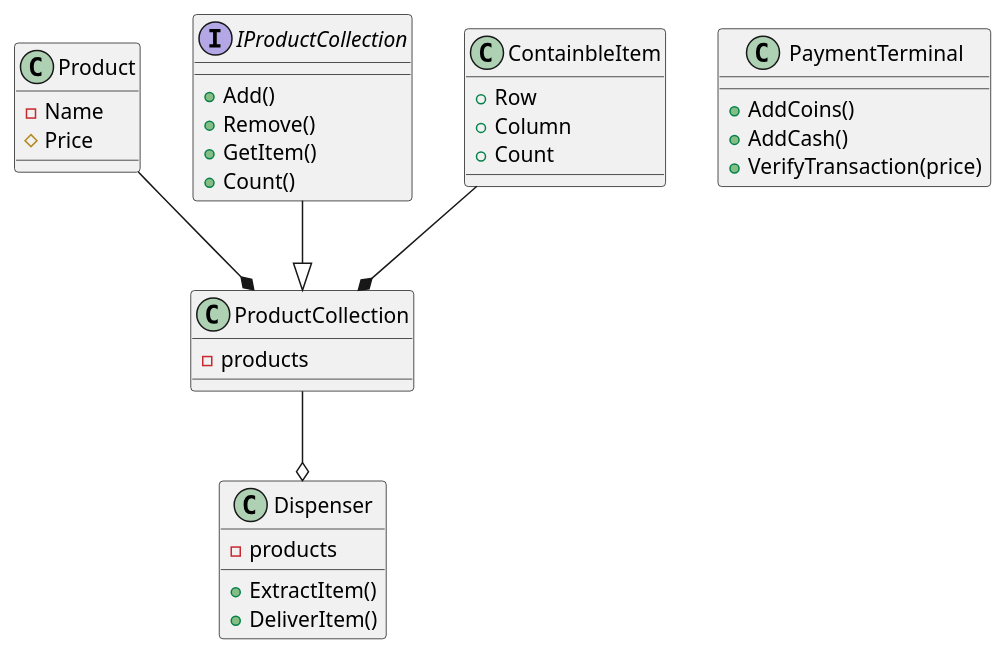
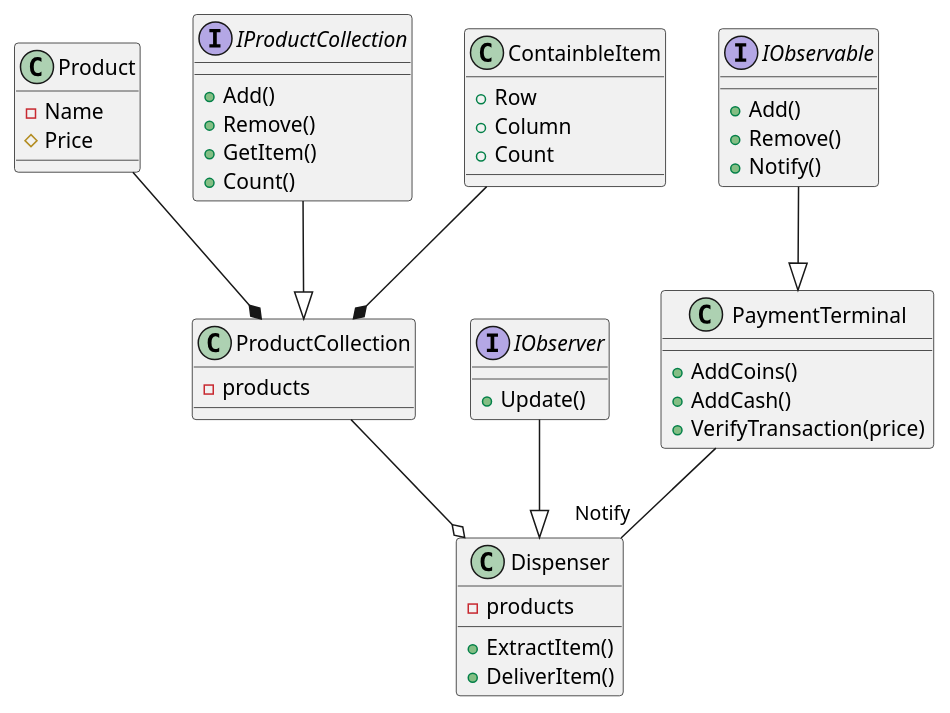
One commit to stefanandy/VendingMachine changed the diagram in documentation/product.puml. Above: the diagram before and after it, drawn with PlantUML. The commit also changed 3 other files, not shown here.

```diff
--- a/documentation/product.puml
+++ b/documentation/product.puml
@@ -1,45 +1,57 @@
 @startuml
 
 Product--*ProductCollection
 IProductCollection--|>ProductCollection
 ContainbleItem--*ProductCollection
-ProductCollection--o Dispenser
-
+IObserver--|>Dispenser
+IObservable--|>PaymentTerminal
+ProductCollection --o Dispenser
+PaymentTerminal --"Notify" Dispenser
 
 class Product{
     -Name
     #Price
 }
 
 class ProductCollection{
     -products
 }
 
 class ContainbleItem{
     +Row
     +Column
     +Count
 }
 
 interface IProductCollection{
     +Add()
     +Remove()
     +GetItem()
     +Count()
 }
 
+interface IObserver{
+    +Update()
+}
+
 class Dispenser{
     -products
     +ExtractItem()
     +DeliverItem()
     
+}
+
+interface IObservable{
+    +Add()
+    +Remove()
+    +Notify()
 }
 
 class PaymentTerminal{
     +AddCoins()
     +AddCash()
     +VerifyTransaction(price)
 }
 
 
 @enduml
```
